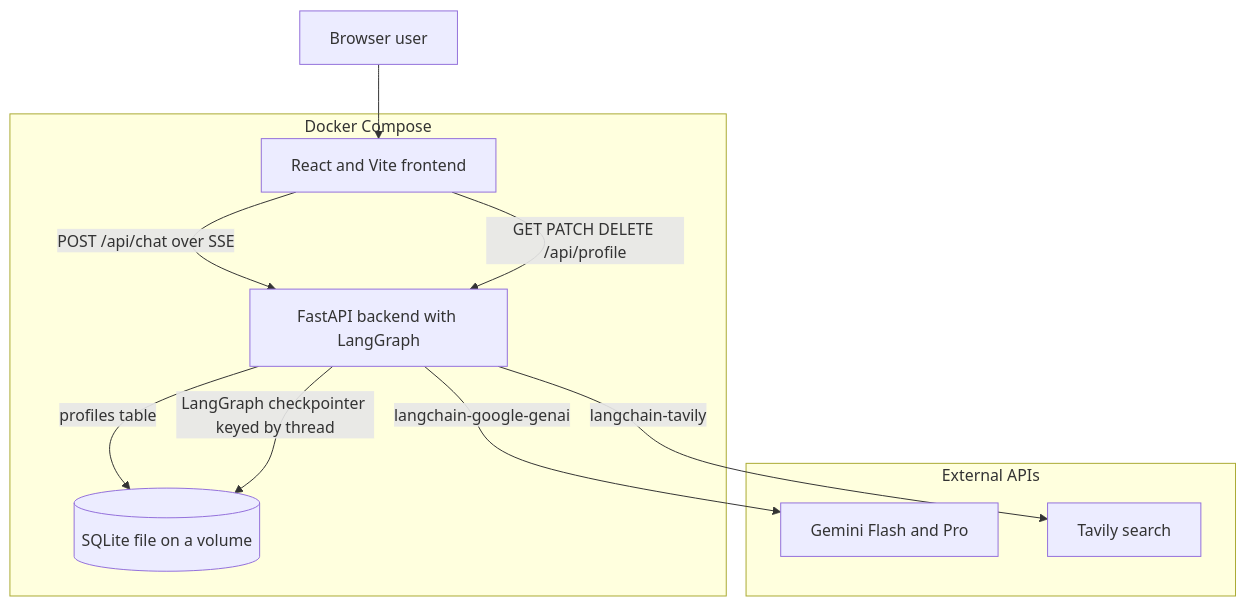
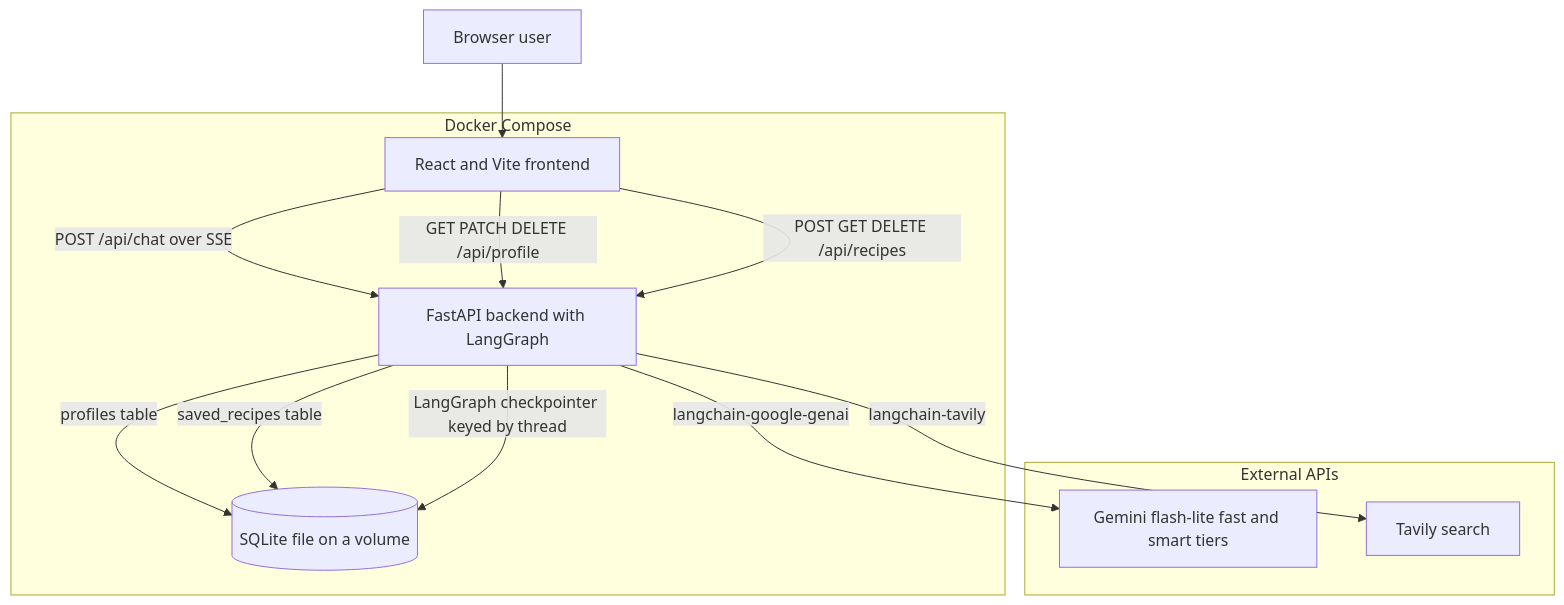
One commit to MuradAles/PantryPal changed the first of 6 diagrams in docs/ARCHITECTURE.md. Above: the diagram before and after it, drawn with Mermaid. The commit also changed other lines of this file and 11 other files, not shown here.

````diff
--- a/docs/ARCHITECTURE.md
+++ b/docs/ARCHITECTURE.md
@@ -9,23 +9,25 @@
 ```mermaid
 graph TB
     User[Browser user]
 
     subgraph compose[Docker Compose]
         FE[React and Vite frontend]
         BE[FastAPI backend with LangGraph]
         DB[(SQLite file on a volume)]
     end
 
     subgraph ext[External APIs]
-        GEM[Gemini Flash and Pro]
+        GEM[Gemini flash-lite fast and smart tiers]
         TAV[Tavily search]
     end
 
     User --> FE
     FE -->|POST /api/chat over SSE| BE
     FE -->|GET PATCH DELETE /api/profile| BE
+    FE -->|POST GET DELETE /api/recipes| BE
     BE -->|profiles table| DB
+    BE -->|saved_recipes table| DB
     BE -->|LangGraph checkpointer keyed by thread| DB
     BE -->|langchain-google-genai| GEM
     BE -->|langchain-tavily| TAV
 ```
````
